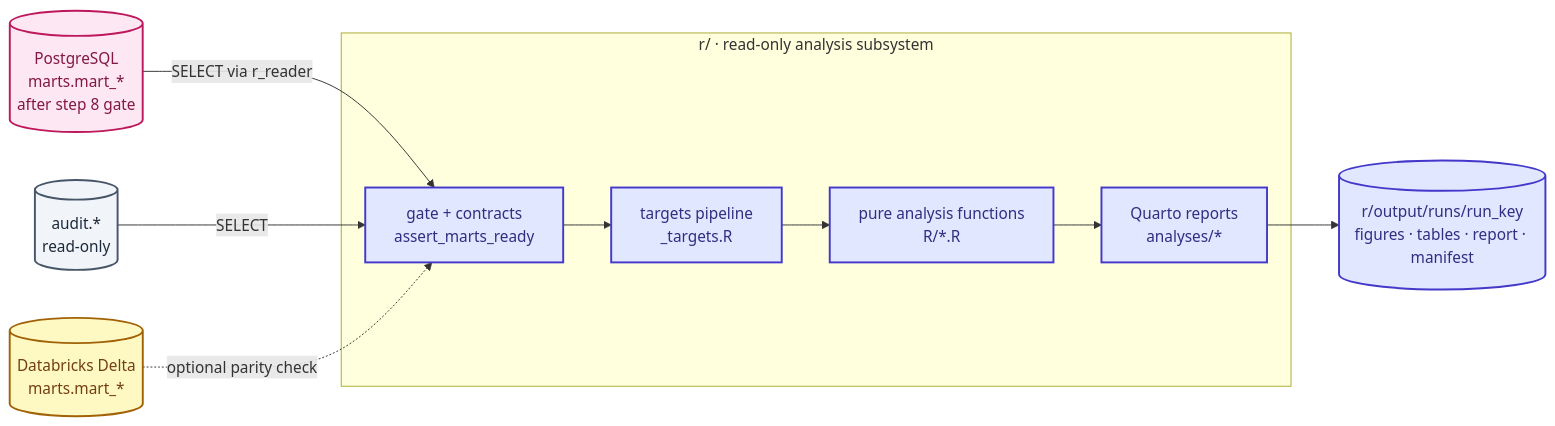
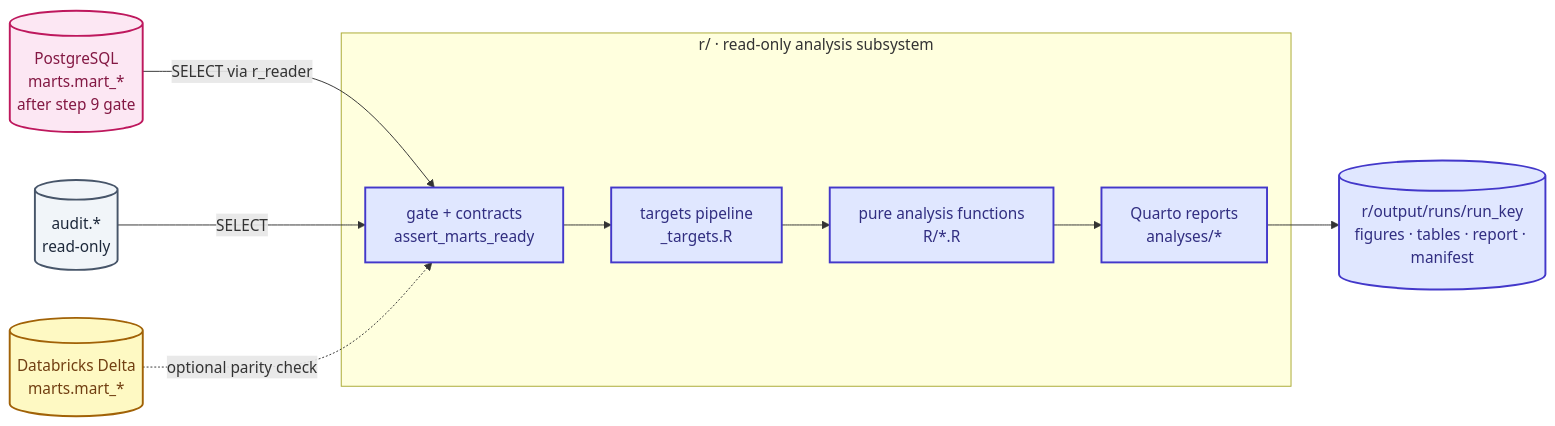
Before and after one commit to Nitinx12/Banking-Delta-Lakehouse: the diagram in docs/R.md, drawn with Mermaid. The commit also changed other lines of this file and 16 other files, not shown here.

````diff
--- a/docs/R.md
+++ b/docs/R.md
@@ -66,29 +66,29 @@
 ```mermaid
 flowchart LR
-    MRT[("PostgreSQL<br/>marts.mart_*<br/>after step 8 gate")]
+    MRT[("PostgreSQL<br/>marts.mart_*<br/>after step 9 gate")]
     DMART[("Databricks Delta<br/>marts.mart_*")]
     AUD[("audit.*<br/>read-only")]
 
     subgraph RSYS["r/ · read-only analysis subsystem"]
         GATE["gate + contracts<br/>assert_marts_ready"]
         TAR["targets pipeline<br/>_targets.R"]
         CORE["pure analysis functions<br/>R/*.R"]
         QMD["Quarto reports<br/>analyses/*"]
     end
 
     OUT[("r/output/runs/run_key<br/>figures · tables · report · manifest")]
 
     MRT -->|SELECT via r_reader| GATE
     AUD -->|SELECT| GATE
     DMART -.->|optional parity check| GATE
     GATE --> TAR --> CORE --> QMD --> OUT
 
     classDef marts fill:#fce7f3,stroke:#be185d,color:#831843,stroke-width:2px
     classDef delta fill:#fef9c3,stroke:#a16207,color:#713f12,stroke-width:2px
     classDef audit fill:#f1f5f9,stroke:#475569,color:#1e293b,stroke-width:2px
     classDef ui fill:#e0e7ff,stroke:#4338ca,color:#312e81,stroke-width:2px
     class MRT marts
     class DMART delta
     class AUD audit
     class GATE,TAR,CORE,QMD,OUT ui
 ```
````
